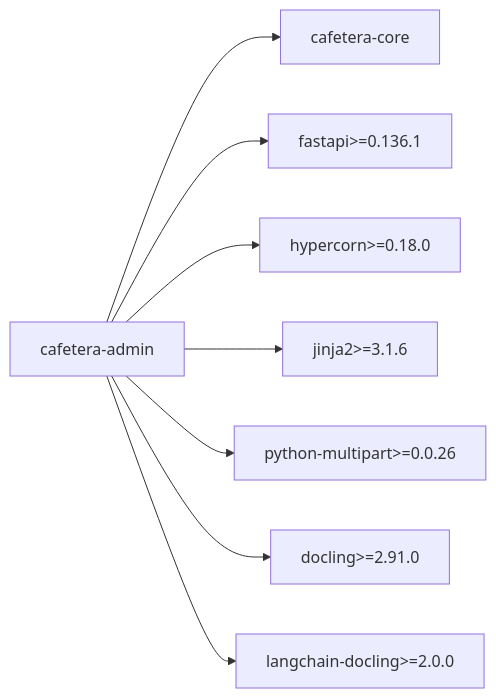
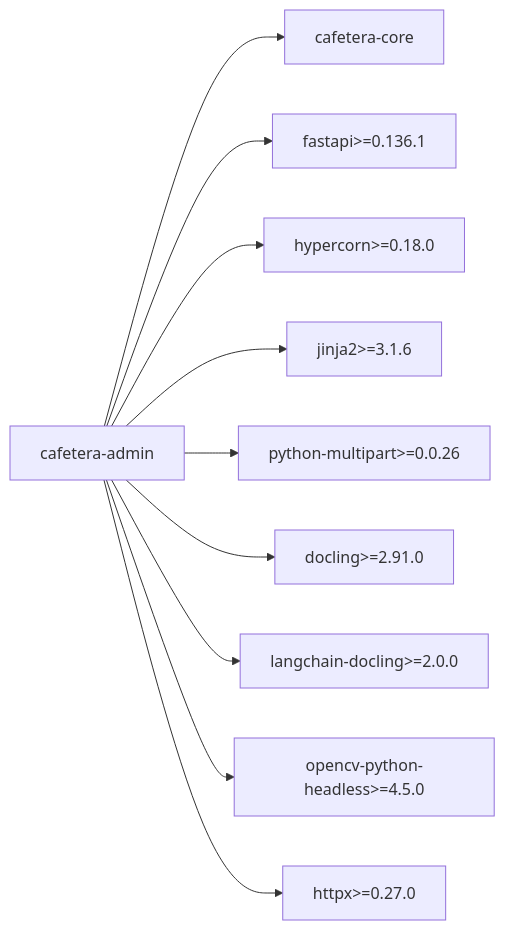
Before and after one commit to ognelis/cafetera_hr_bot: the tenth of 10 diagrams in .qoder/repowiki/en/content/VK Integration/Admin Package Integration.md, drawn with Mermaid. The commit also changed other lines of this file and 69 other files, not shown here.

````diff
--- a/.qoder/repowiki/en/content/VK Integration/Admin Package Integration.md
+++ b/.qoder/repowiki/en/content/VK Integration/Admin Package Integration.md
@@ -388,18 +436,22 @@
 ```mermaid
 graph LR
 ADMIN["cafetera-admin"]
 CORE["cafetera-core"]
 FASTAPI["fastapi>=0.136.1"]
 HYPERCORN["hypercorn>=0.18.0"]
 JINJA["jinja2>=3.1.6"]
 MULTIPART["python-multipart>=0.0.26"]
 DOCING["docling>=2.91.0"]
 LANGCHAIN_DOCLING["langchain-docling>=2.0.0"]
+OPENCV["opencv-python-headless>=4.5.0"]
+HTTPX["httpx>=0.27.0"]
 ADMIN --> CORE
 ADMIN --> FASTAPI
 ADMIN --> HYPERCORN
 ADMIN --> JINJA
 ADMIN --> MULTIPART
 ADMIN --> DOCING
 ADMIN --> LANGCHAIN_DOCLING
+ADMIN --> OPENCV
+ADMIN --> HTTPX
 ```
````
